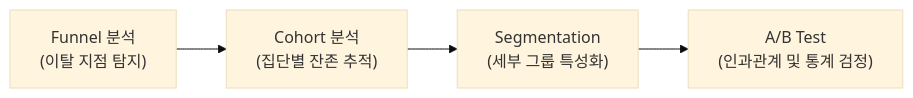
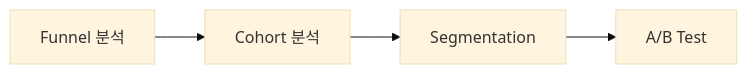
One commit to agnusdei1207/study changed the second of 4 diagrams in src/content/docs/notes/itpe/01-it-strategy/046_growth_hacking.md. Above: the diagram before and after it, drawn with Mermaid (base theme). The commit also changed other lines of this file and 19 other files, not shown here.

````diff
--- a/src/content/docs/notes/itpe/01-it-strategy/046_growth_hacking.md
+++ b/src/content/docs/notes/itpe/01-it-strategy/046_growth_hacking.md
@@ -81,6 +78,6 @@
 ```mermaid
 flowchart LR
-    F["Funnel 분석<br/>(이탈 지점 탐지)"] --> C["Cohort 분석<br/>(집단별 잔존 추적)"]
-    C --> S["Segmentation<br/>(세부 그룹 특성화)"]
-    S --> AB["A/B Test<br/>(인과관계 및 통계 검정)"]
+    F["Funnel 분석"] --> C["Cohort 분석"]
+    C --> S["Segmentation"]
+    S --> AB["A/B Test"]
 ```
````
